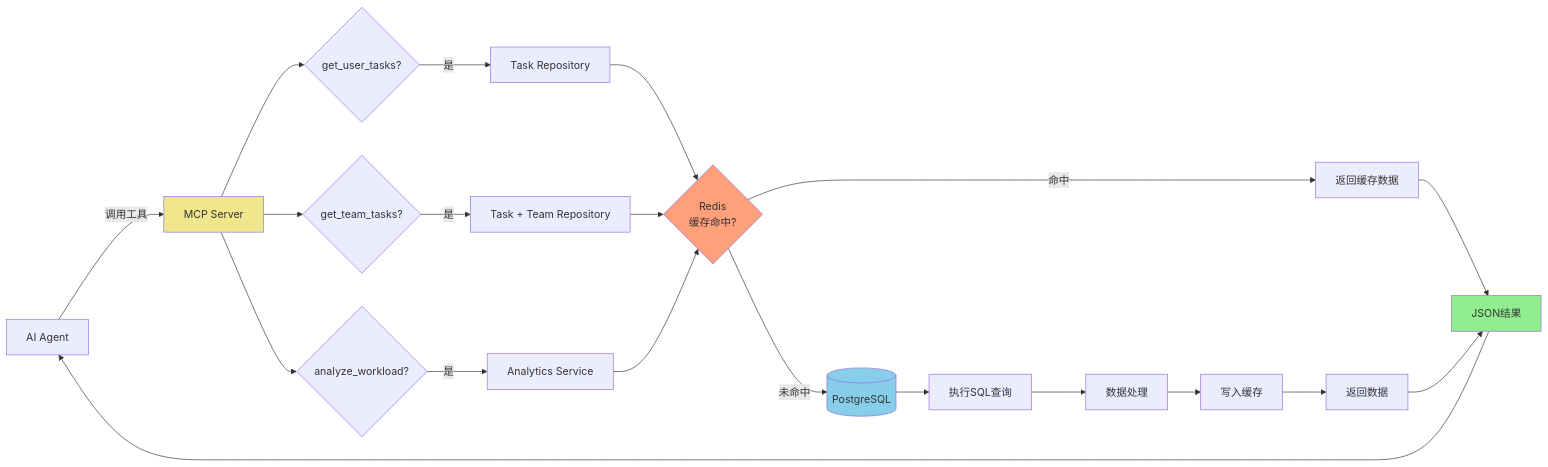
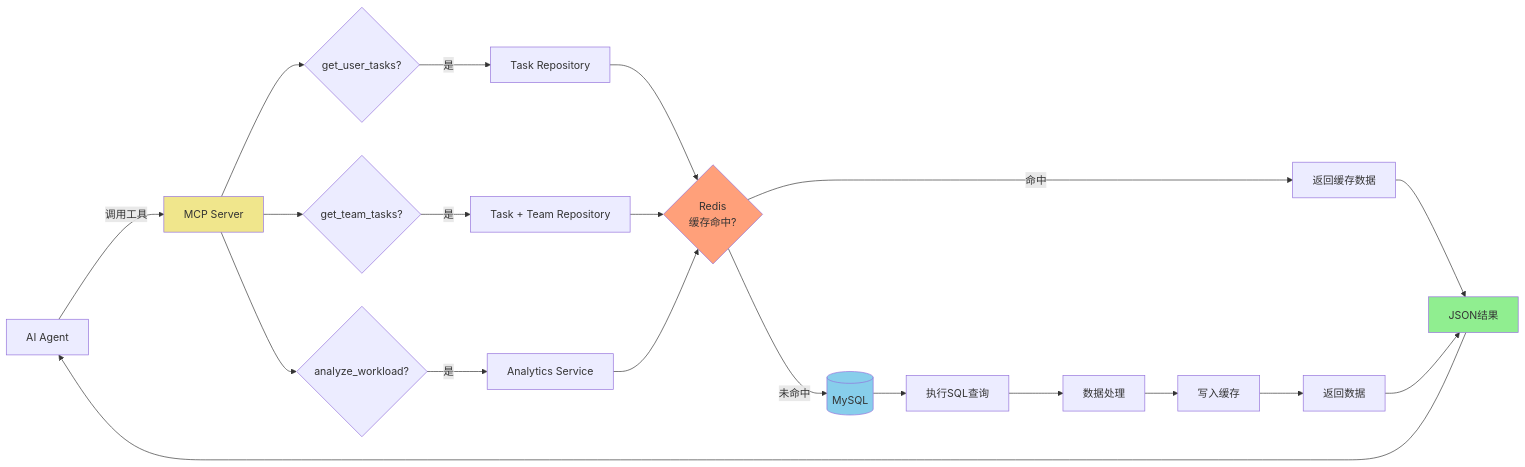
Before and after one commit to mrzhangmian/neturl: the fourth of 9 diagrams in t.md, drawn with Mermaid. The commit also changed other lines of this file, not shown here.

````diff
--- a/t.md
+++ b/t.md
@@ -230,35 +230,35 @@
 ```mermaid
 flowchart LR
     Agent[AI Agent] -->|调用工具| MCP[MCP Server]
 
     MCP --> Tool1{get_user_tasks?}
     MCP --> Tool2{get_team_tasks?}
     MCP --> Tool3{analyze_workload?}
 
     Tool1 -->|是| Repo1[Task Repository]
     Tool2 -->|是| Repo2[Task + Team Repository]
     Tool3 -->|是| Repo3[Analytics Service]
 
     Repo1 --> Cache{Redis
 缓存命中?}
     Repo2 --> Cache
     Repo3 --> Cache
 
     Cache -->|命中| Return1[返回缓存数据]
-    Cache -->|未命中| DB[(PostgreSQL)]
+    Cache -->|未命中| DB[(MySQL)]
 
     DB --> Query[执行SQL查询]
     Query --> Process[数据处理]
     Process --> CacheWrite[写入缓存]
     CacheWrite --> Return2[返回数据]
 
     Return1 --> Result[JSON结果]
     Return2 --> Result
 
     Result --> Agent
 
     style MCP fill:#F0E68C
     style Cache fill:#FFA07A
     style DB fill:#87CEEB
     style Result fill:#90EE90
 ```
````
